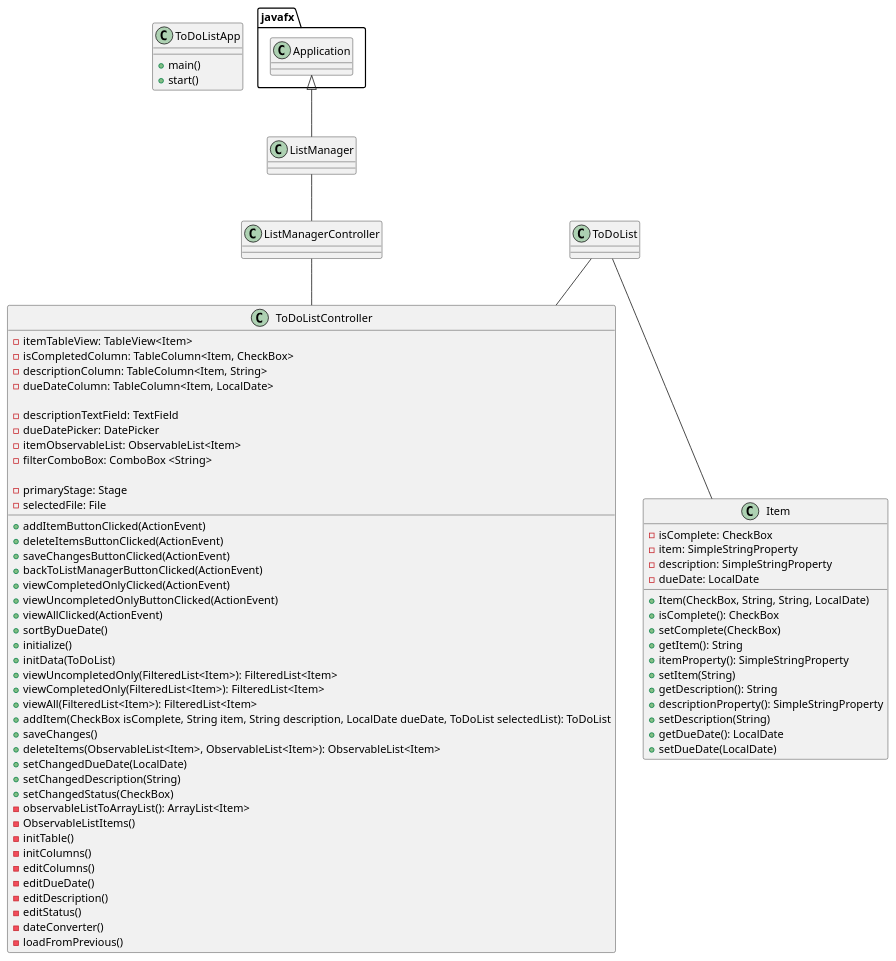
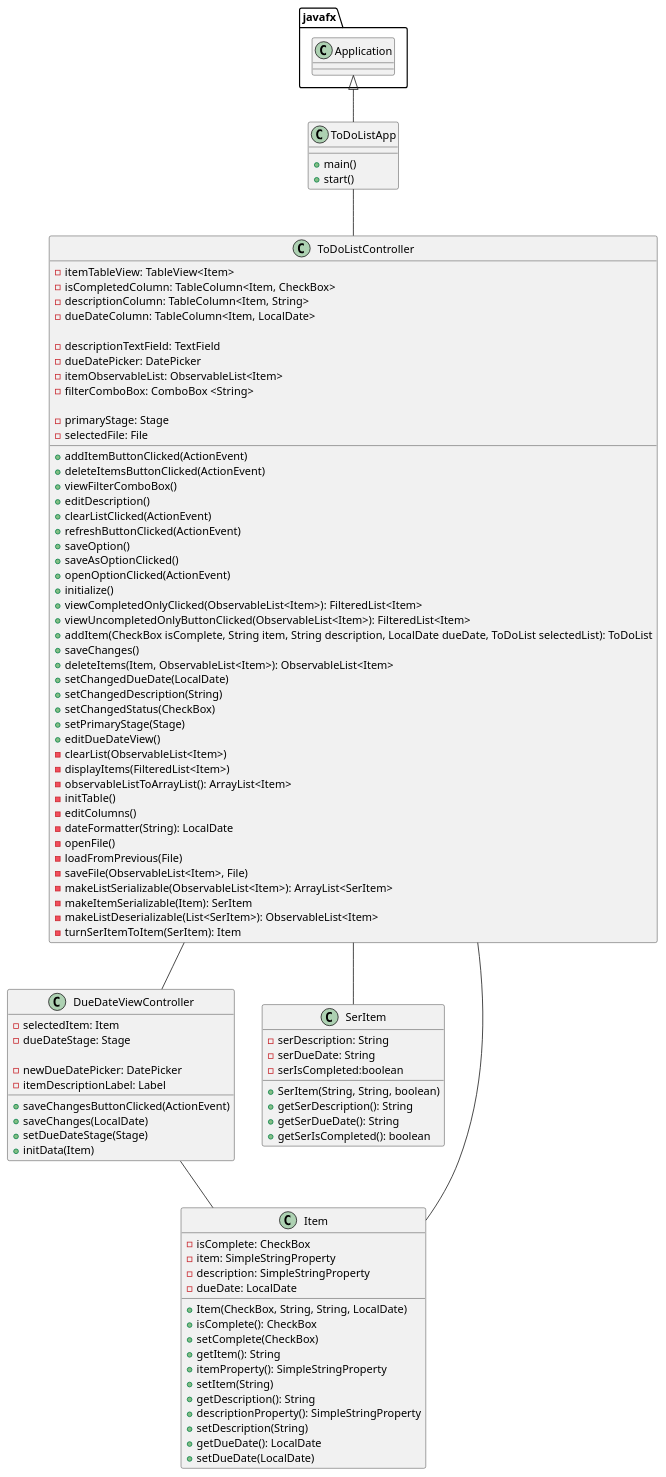
One commit to ivy-nguyen18/nguyen-cop3330-assignment4part2 changed the diagram in uml/ListManager.puml. Above: the diagram before and after it, drawn with PlantUML. The commit also changed 1 other file, not shown here.

Commit message:
updated plantUML

```diff
--- a/uml/ListManager.puml
+++ b/uml/ListManager.puml
@@ -1,80 +1,108 @@
 @startuml
 'https://plantuml.com/class-diagram
 
 class ToDoListApp{
     + main()
     + start()
 }
 
 class ToDoListController{
     - itemTableView: TableView<Item>
     - isCompletedColumn: TableColumn<Item, CheckBox>
     - descriptionColumn: TableColumn<Item, String>
     - dueDateColumn: TableColumn<Item, LocalDate>
 
     - descriptionTextField: TextField
     - dueDatePicker: DatePicker
     - itemObservableList: ObservableList<Item>
     - filterComboBox: ComboBox <String>
 
     - primaryStage: Stage
     - selectedFile: File
 
     + addItemButtonClicked(ActionEvent)
     + deleteItemsButtonClicked(ActionEvent)
-    + saveChangesButtonClicked(ActionEvent)
-    + backToListManagerButtonClicked(ActionEvent)
-    + viewCompletedOnlyClicked(ActionEvent)
-    + viewUncompletedOnlyButtonClicked(ActionEvent)
-    + viewAllClicked(ActionEvent)
-    + sortByDueDate()
+    + viewFilterComboBox()
+    + editDescription()
+    + clearListClicked(ActionEvent)
+    + refreshButtonClicked(ActionEvent)
+    + saveOption()
+    + saveAsOptionClicked()
+    + openOptionClicked(ActionEvent)
     + initialize()
-    + initData(ToDoList)
-    + viewUncompletedOnly(FilteredList<Item>): FilteredList<Item>
-    + viewCompletedOnly(FilteredList<Item>): FilteredList<Item>
-    + viewAll(FilteredList<Item>): FilteredList<Item>
+    + viewCompletedOnlyClicked(ObservableList<Item>): FilteredList<Item>
+    + viewUncompletedOnlyButtonClicked(ObservableList<Item>): FilteredList<Item>
     + addItem(CheckBox isComplete, String item, String description, LocalDate dueDate, ToDoList selectedList): ToDoList
     + saveChanges()
-    + deleteItems(ObservableList<Item>, ObservableList<Item>): ObservableList<Item>
+    + deleteItems(Item, ObservableList<Item>): ObservableList<Item>
     + setChangedDueDate(LocalDate)
     + setChangedDescription(String)
     + setChangedStatus(CheckBox)
+    + setPrimaryStage(Stage)
+    + editDueDateView()
+    - clearList(ObservableList<Item>)
+    - displayItems(FilteredList<Item>)
     - observableListToArrayList(): ArrayList<Item>
-    - ObservableListItems()
     - initTable()
-    - initColumns()
     - editColumns()
-    - editDueDate()
-    - editDescription()
-    - editStatus()
-    - dateConverter()
-    - loadFromPrevious()
+    - dateFormatter(String): LocalDate
+    - openFile()
+    - loadFromPrevious(File)
+    - saveFile(ObservableList<Item>, File)
+    - makeListSerializable(ObservableList<Item>): ArrayList<SerItem>
+    - makeItemSerializable(Item): SerItem
+    - makeListDeserializable(List<SerItem>): ObservableList<Item>
+    - turnSerItemToItem(SerItem): Item
+}
 
+class DueDateViewController{
+    - selectedItem: Item
+    - dueDateStage: Stage
+
+    - newDueDatePicker: DatePicker
+    - itemDescriptionLabel: Label
+
+    + saveChangesButtonClicked(ActionEvent)
+    + saveChanges(LocalDate)
+    + setDueDateStage(Stage)
+    + initData(Item)
+}
+
+class SerItem{
+    - serDescription: String
+    - serDueDate: String
+    - serIsCompleted:boolean
+
+    + SerItem(String, String, boolean)
+    + getSerDescription(): String
+    + getSerDueDate(): String
+    + getSerIsCompleted(): boolean
 }
 
 class Item{
     - isComplete: CheckBox
     - item: SimpleStringProperty
     - description: SimpleStringProperty
     - dueDate: LocalDate
 
     + Item(CheckBox, String, String, LocalDate)
     + isComplete(): CheckBox
     + setComplete(CheckBox)
     + getItem(): String
     + itemProperty(): SimpleStringProperty
     + setItem(String)
     + getDescription(): String
     + descriptionProperty(): SimpleStringProperty
     + setDescription(String)
     + getDueDate(): LocalDate
     + setDueDate(LocalDate)
 }
 
-javafx.Application <|-- ListManager
-ListManager -- ListManagerController
-ListManagerController -- ToDoListController
-ToDoList -- ToDoListController
-ToDoList -- Item
+javafx.Application <|-- ToDoListApp
+ToDoListApp -- ToDoListController
+ToDoListController -- Item
+DueDateViewController -- Item
+ToDoListController -- SerItem
+ToDoListController -- DueDateViewController
 
 @enduml
```
